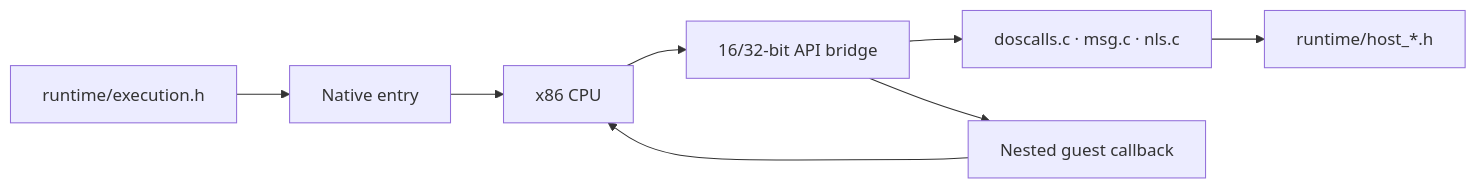
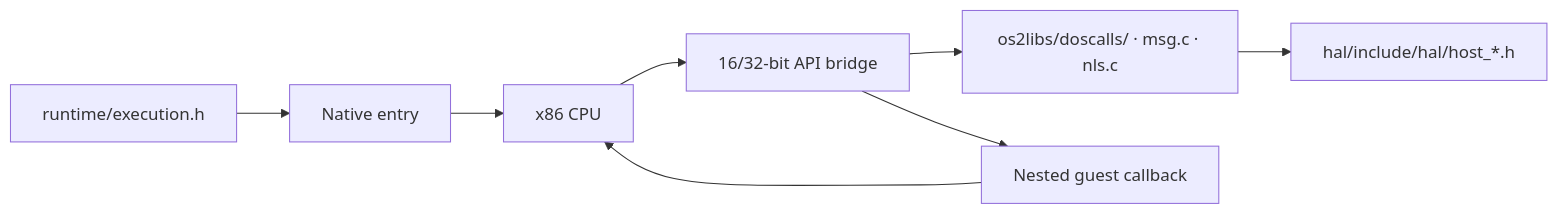
One commit to bitwisecook/2ine changed the diagram in docs/native-execution.md. Above: the diagram before and after it, drawn with Mermaid. The commit also changed other lines of this file and 199 other files, not shown here.

````diff
--- a/docs/native-execution.md
+++ b/docs/native-execution.md
@@ -8,7 +8,7 @@
 ```mermaid
 flowchart LR
     Shared["runtime/execution.h"] --> Entry["Native entry"] --> CPU["x86 CPU"]
-    CPU --> Bridge["16/32-bit API bridge"] --> APIs["doscalls.c · msg.c · nls.c"]
-    APIs --> Host["runtime/host_*.h"]
+    CPU --> Bridge["16/32-bit API bridge"] --> APIs["os2libs/doscalls/ · msg.c · nls.c"]
+    APIs --> Host["hal/include/hal/host_*.h"]
     Bridge --> Callback["Nested guest callback"] --> CPU
 ```
````
